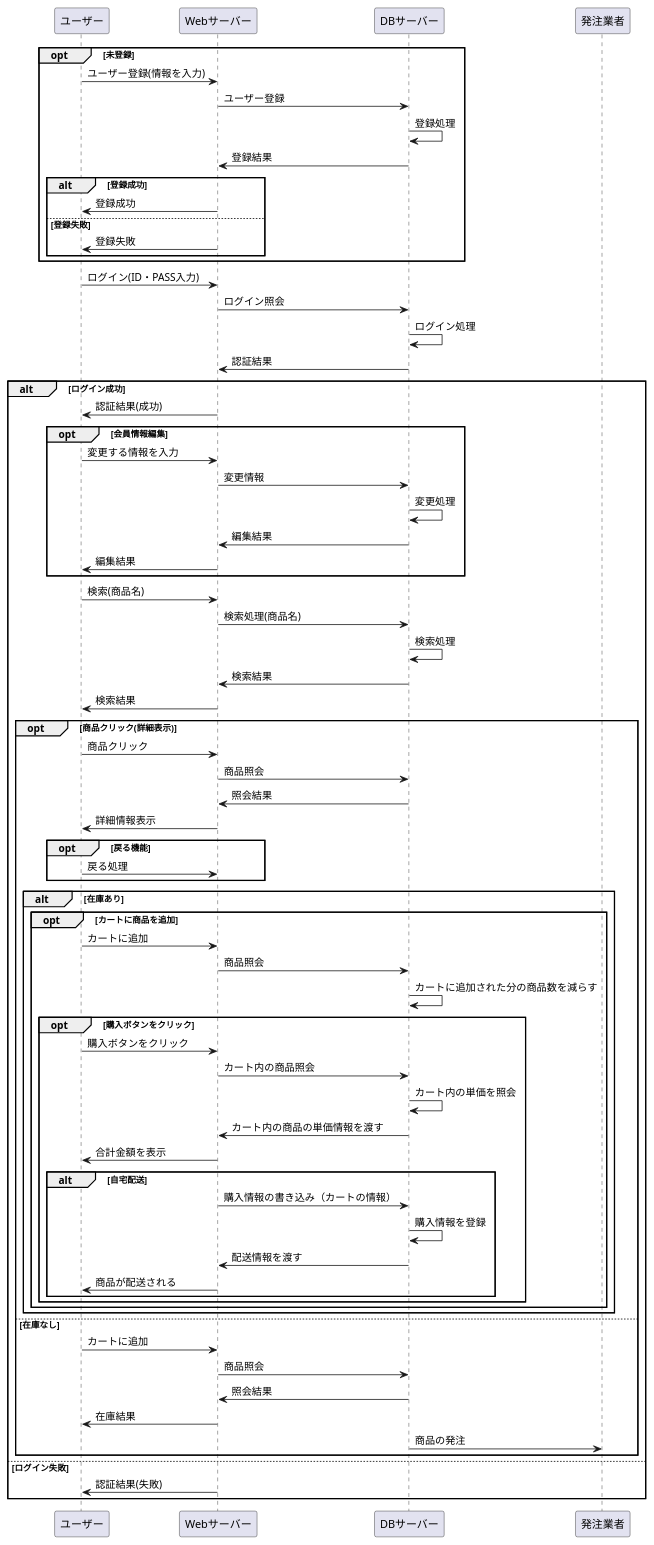
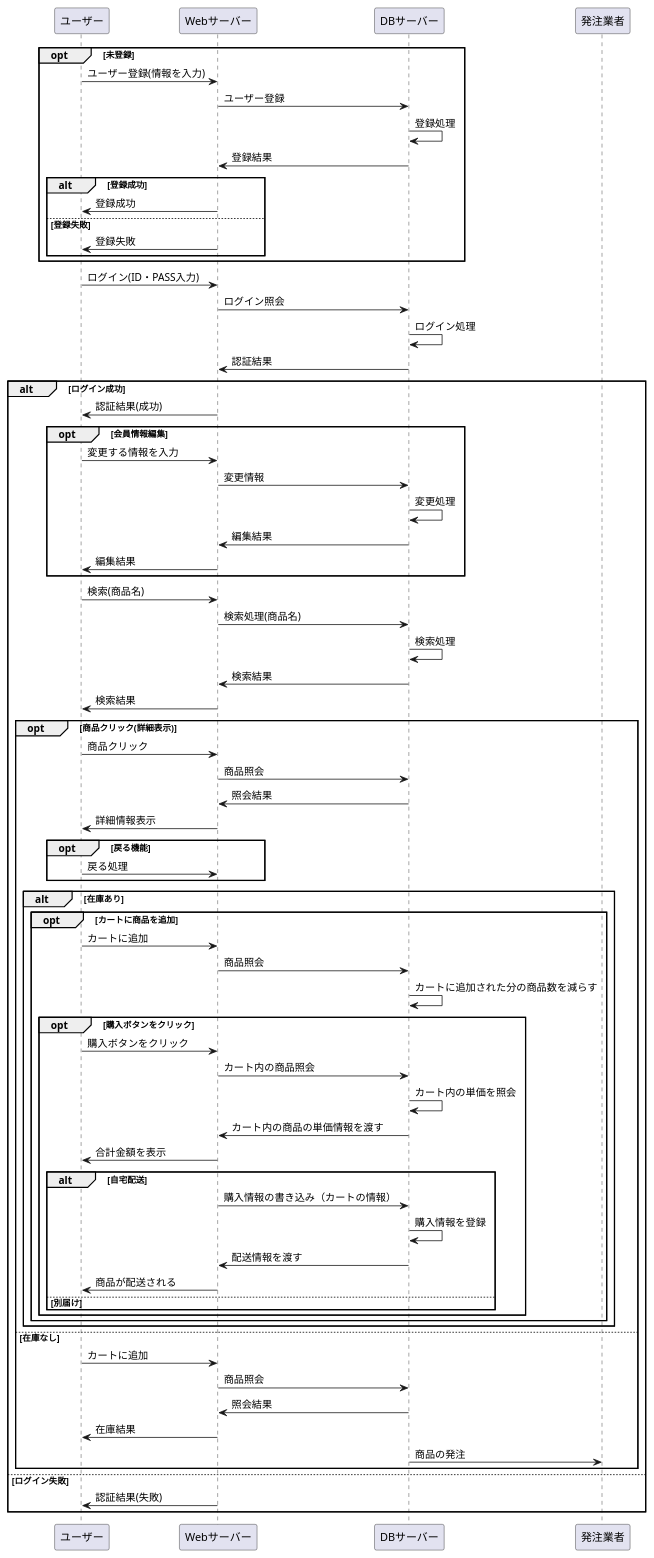
The diagram in 設計書/02_業務フロー/business-flow-check.md (Aso2001227/Aso-Sports-1), drawn with PlantUML before and after one commit.

```diff
--- a/設計書/02_業務フロー/business-flow-check.md
+++ b/設計書/02_業務フロー/business-flow-check.md
@@ -67,6 +67,7 @@
 DBサーバー -> DBサーバー :購入情報を登録
 DBサーバー -> Webサーバー :配送情報を渡す
 Webサーバー -> ユーザー:商品が配送される
+else 別届け
 end
 end
 
```
